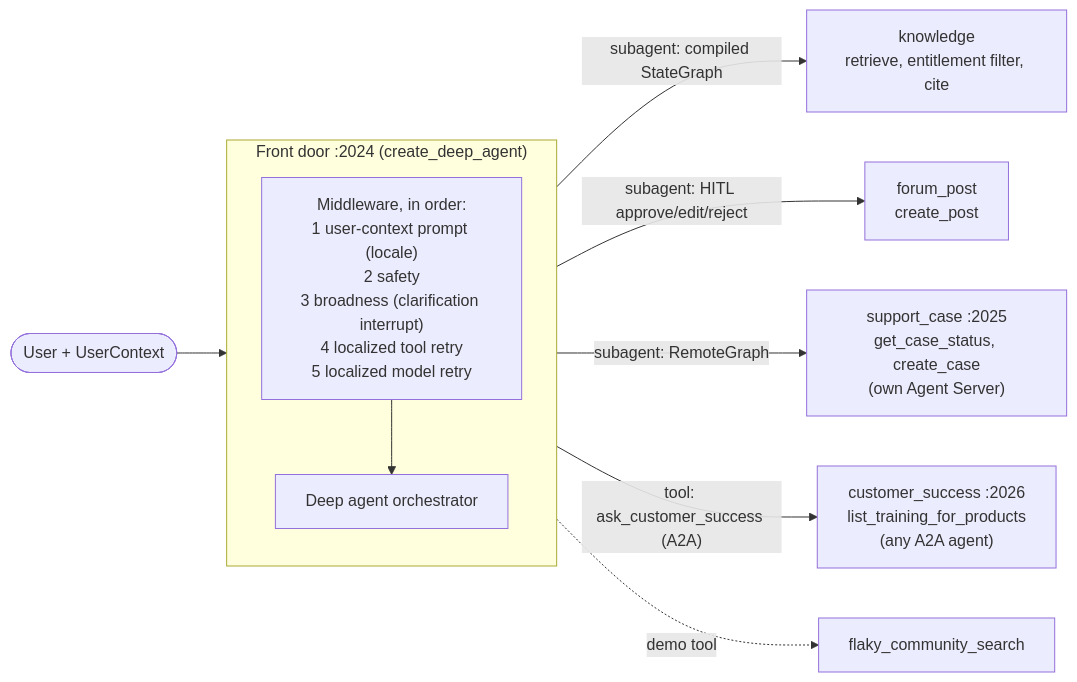
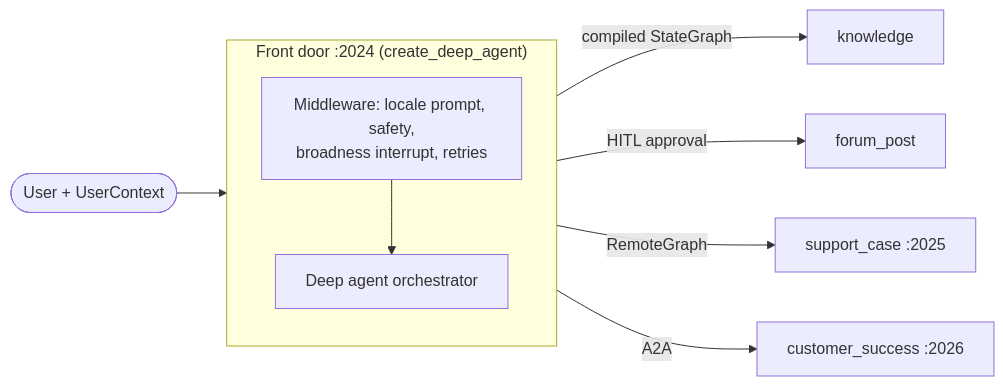
One commit to langchain-samples/community-assistant-multi-agent changed the diagram in README.md. Above: the diagram before and after it, drawn with Mermaid. The commit also changed other lines of this file, not shown here.

````diff
--- a/README.md
+++ b/README.md
@@ -15,17 +9,16 @@
 ```mermaid
 flowchart LR
     user([User + UserContext]) --> FD
 
     subgraph FD["Front door :2024 (create_deep_agent)"]
         direction TB
-        MW["Middleware, in order:<br/>1 user-context prompt (locale)<br/>2 safety<br/>3 broadness (clarification interrupt)<br/>4 localized tool retry<br/>5 localized model retry"]
+        MW["Middleware: locale prompt, safety,<br/>broadness interrupt, retries"]
         ORCH["Deep agent orchestrator"]
         MW --> ORCH
     end
 
-    ORCH -->|"subagent: compiled StateGraph"| K["knowledge<br/>retrieve, entitlement filter, cite"]
-    ORCH -->|"subagent: HITL approve/edit/reject"| F["forum_post<br/>create_post"]
-    ORCH -->|"subagent: RemoteGraph"| SC["support_case :2025<br/>get_case_status, create_case<br/>(own Agent Server)"]
-    ORCH -->|"tool: ask_customer_success (A2A)"| CS["customer_success :2026<br/>list_training_for_products<br/>(any A2A agent)"]
-    ORCH -.->|"demo tool"| FL["flaky_community_search"]
+    ORCH -->|"compiled StateGraph"| K["knowledge"]
+    ORCH -->|"HITL approval"| F["forum_post"]
+    ORCH -->|"RemoteGraph"| SC["support_case :2025"]
+    ORCH -->|"A2A"| CS["customer_success :2026"]
 ```
````
